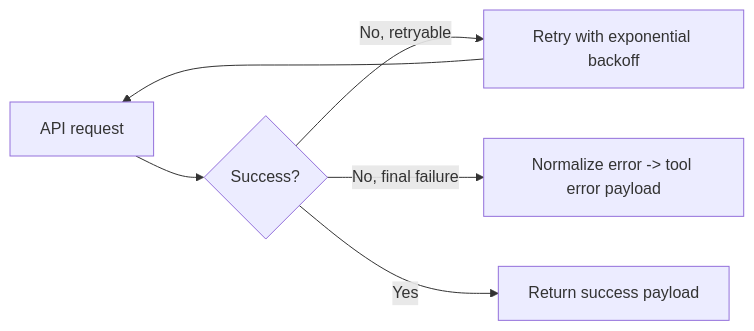
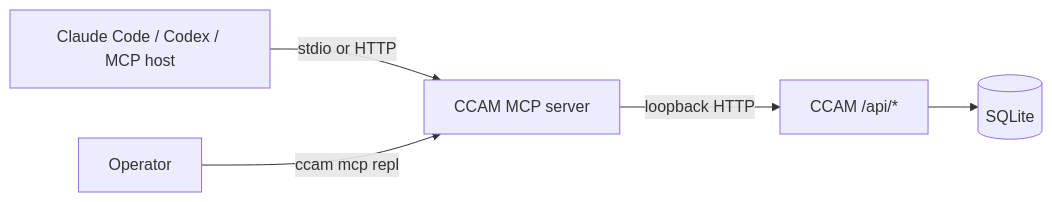
One commit to CorentinPa/Claude-Code-Agent-Monitor changed the diagram in mcp/README.md. Above: the diagram before and after it, drawn with Mermaid. The commit also changed other lines of this file and 220 other files, not shown here.

````diff
--- a/mcp/README.md
+++ b/mcp/README.md
@@ -568,8 +7,7 @@
 ```mermaid
 flowchart LR
-    REQ["API request"] --> RES{"Success?"}
-    RES -->|No, retryable| RETRY["Retry with exponential backoff"]
-    RETRY --> REQ
-    RES -->|No, final failure| ERR["Normalize error -> tool error payload"]
-    RES -->|Yes| OK["Return success payload"]
+    H["Claude Code / Codex / MCP host"] -->|stdio or HTTP| M["CCAM MCP server"]
+    R["Operator"] -->|ccam mcp repl| M
+    M -->|loopback HTTP| A["CCAM /api/*"]
+    A --> D[(SQLite)]
 ```
````
